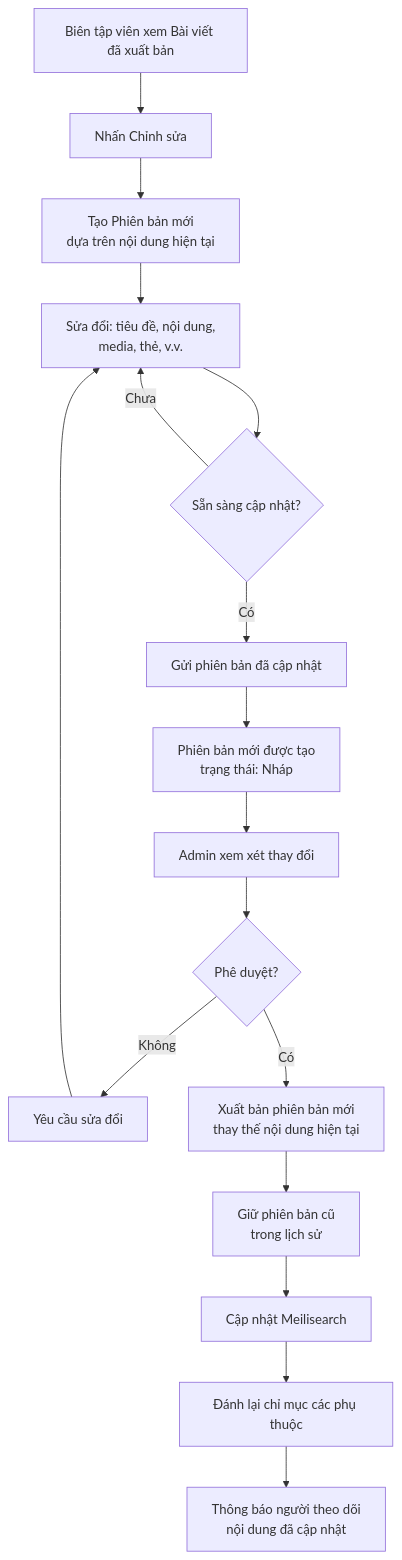
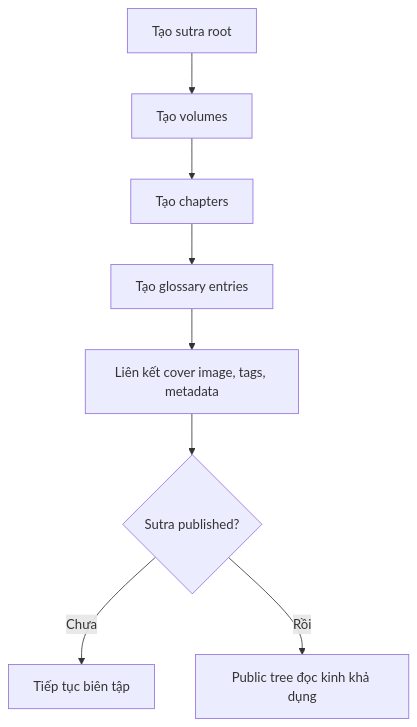
One commit to QuyenVjp/PMTL_VN changed the third of 4 diagrams in design/01-content/flows.mmd. Above: the diagram before and after it, drawn with Mermaid. The commit also changed other lines of this file and 38 other files, not shown here.

````diff
--- a/design/01-content/flows.mmd
+++ b/design/01-content/flows.mmd
@@ -68,19 +32,10 @@
 ```mermaid
 flowchart TD
-    A[Biên tập viên xem Bài viết đã xuất bản] --> B[Nhấn Chỉnh sửa]
-    B --> C[Tạo Phiên bản mới<br/>dựa trên nội dung hiện tại]
-    C --> D[Sửa đổi: tiêu đề, nội dung,<br/>media, thẻ, v.v.]
-    D --> E{Sẵn sàng cập nhật?}
-    E -->|Chưa| D
-    E -->|Có| F[Gửi phiên bản đã cập nhật]
-    F --> G[Phiên bản mới được tạo<br/>trạng thái: Nháp]
-    G --> H[Admin xem xét thay đổi]
-    H --> I{Phê duyệt?}
-    I -->|Không| J[Yêu cầu sửa đổi]
-    J --> D
-    I -->|Có| K[Xuất bản phiên bản mới<br/>thay thế nội dung hiện tại]
-    K --> L[Giữ phiên bản cũ<br/>trong lịch sử]
-    L --> M[Cập nhật Meilisearch]
-    M --> N[Đánh lại chỉ mục các phụ thuộc]
-    N --> O[Thông báo người theo dõi<br/>nội dung đã cập nhật]
+    A[Tạo sutra root] --> B[Tạo volumes]
+    B --> C[Tạo chapters]
+    C --> D[Tạo glossary entries]
+    D --> E[Liên kết cover image, tags, metadata]
+    E --> F{Sutra published?}
+    F -->|Chưa| G[Tiếp tục biên tập]
+    F -->|Rồi| H[Public tree đọc kinh khả dụng]
 ```
````
